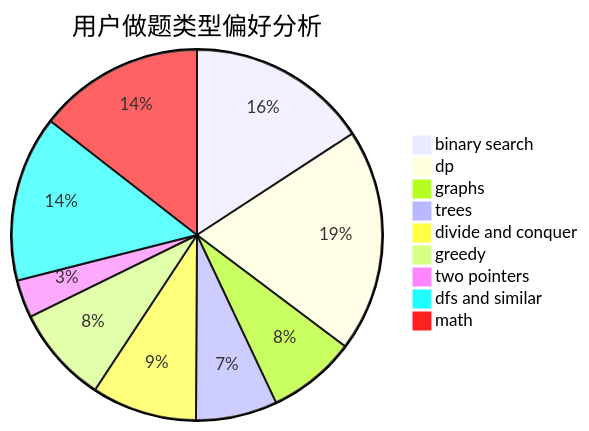
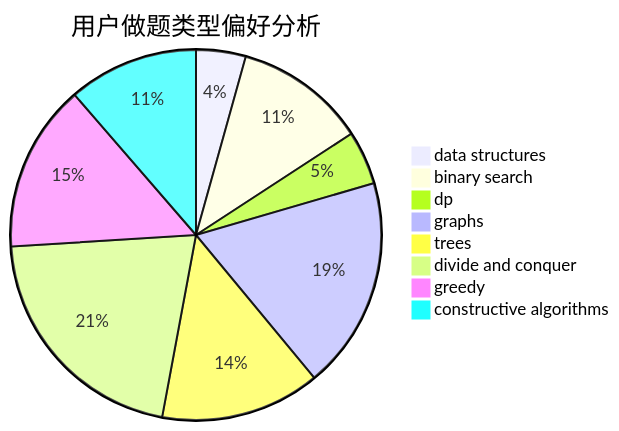
The second of 3 diagrams in docs/user/u299.md (sherpahu/cfrs.github.io), drawn with Mermaid before and after one commit. The commit also changed other lines of this file and 2775 other files, not shown here.

````diff
--- a/docs/user/u299.md
+++ b/docs/user/u299.md
@@ -23,12 +23,11 @@
 ```mermaid
 pie title 用户做题类型偏好分析
-    "binary search" :  358
-    "dp" :  441
-    "graphs" :  175
-    "trees" :  161
-    "divide and conquer" :  208
-    "greedy" :  192
-    "two pointers" :  75
-    "dfs and similar" :  328
-    "math" :  328
+    "data structures" :  37
+    "binary search" :  98
+    "dp" :  40
+    "graphs" :  158
+    "trees" :  119
+    "divide and conquer" :  180
+    "greedy" :  125
+    "constructive algorithms" :  97
 ```
````
